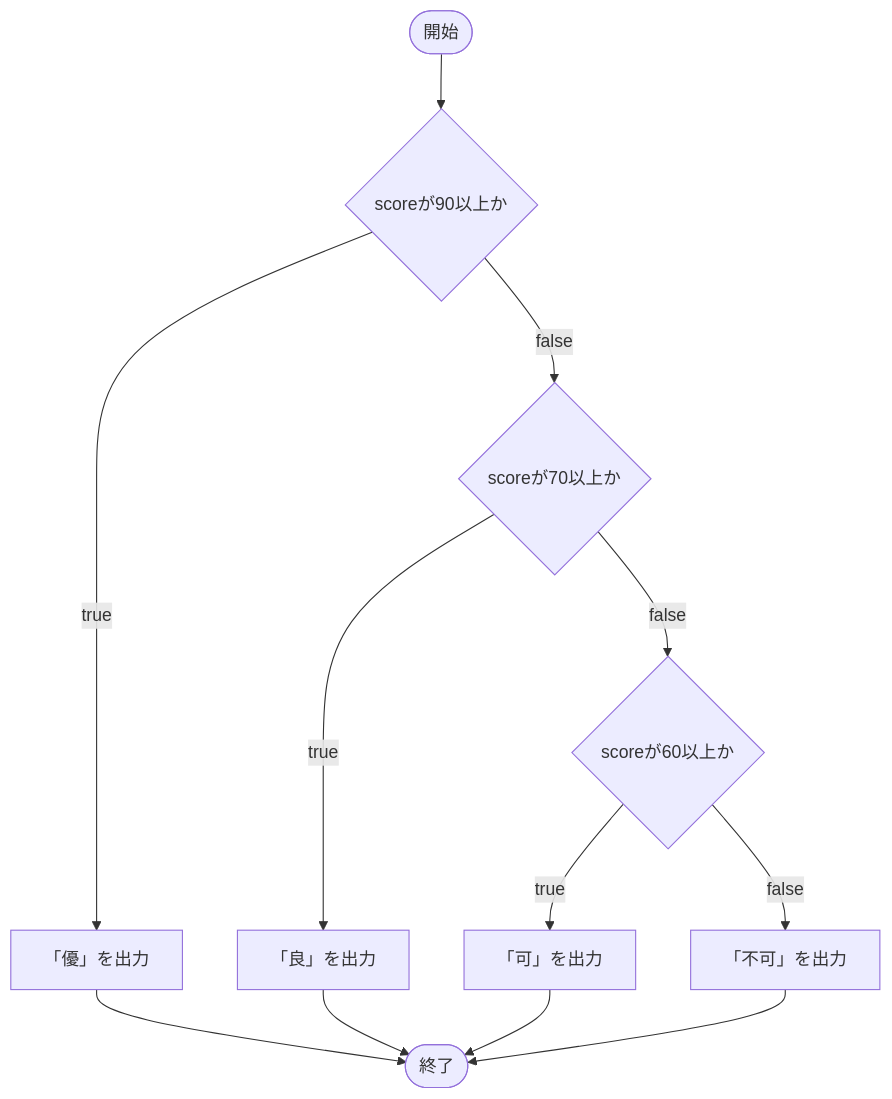
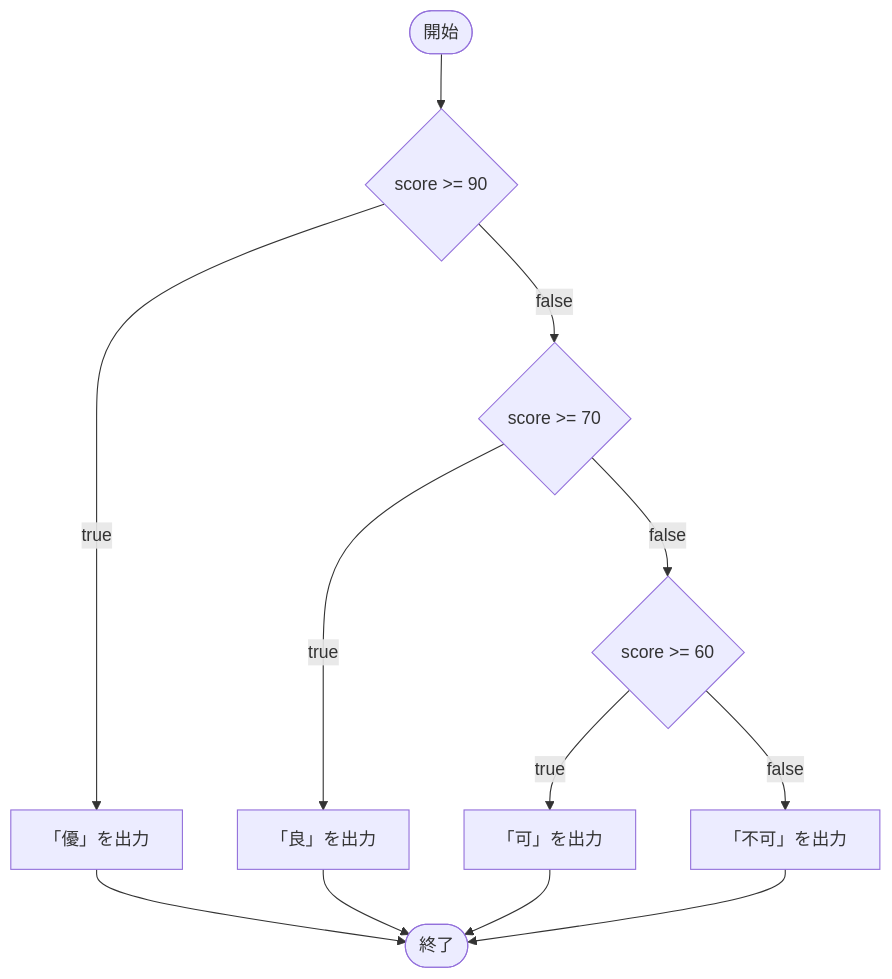
One commit to LeonAkasaka/unity-csharp-learning changed the third of 4 diagrams in docs/csharp/conditionals/index.md. Above: the diagram before and after it, drawn with Mermaid. The commit also changed other lines of this file and 18 other files, not shown here.

````diff
--- a/docs/csharp/conditionals/index.md
+++ b/docs/csharp/conditionals/index.md
@@ -223,14 +235,14 @@
 ```mermaid
 flowchart TD
-    A([開始]) --> B{"scoreが90以上か"}
+    A([開始]) --> B{"score >= 90"}
     B -- true --> C["「優」を出力"]
-    B -- false --> D{"scoreが70以上か"}
+    B -- false --> D{"score >= 70"}
     D -- true --> E["「良」を出力"]
-    D -- false --> F{"scoreが60以上か"}
+    D -- false --> F{"score >= 60"}
     F -- true --> G["「可」を出力"]
     F -- false --> H["「不可」を出力"]
     C --> Z([終了])
     E --> Z
     G --> Z
     H --> Z
 ```
````
